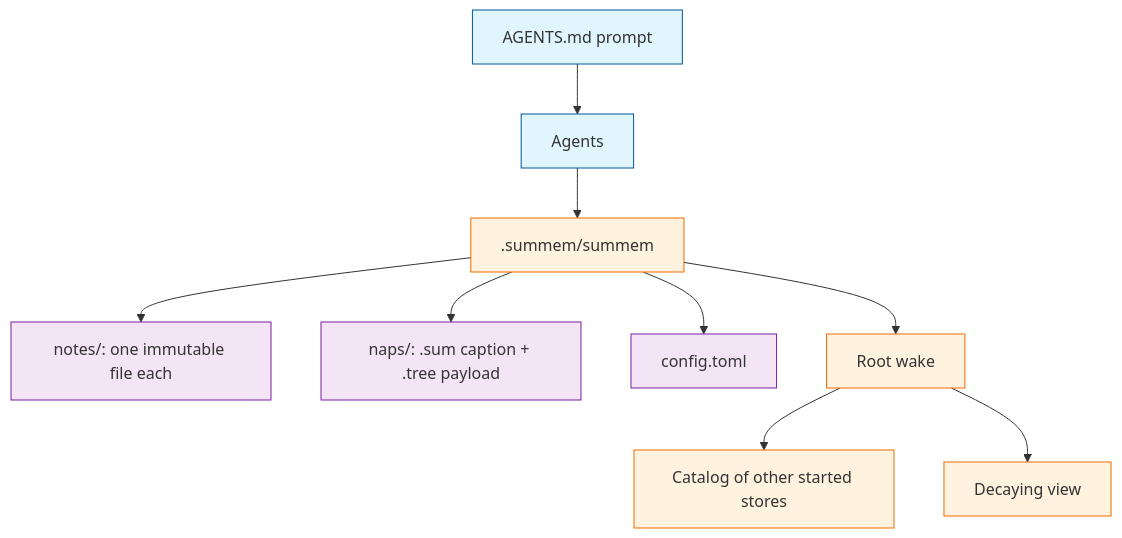
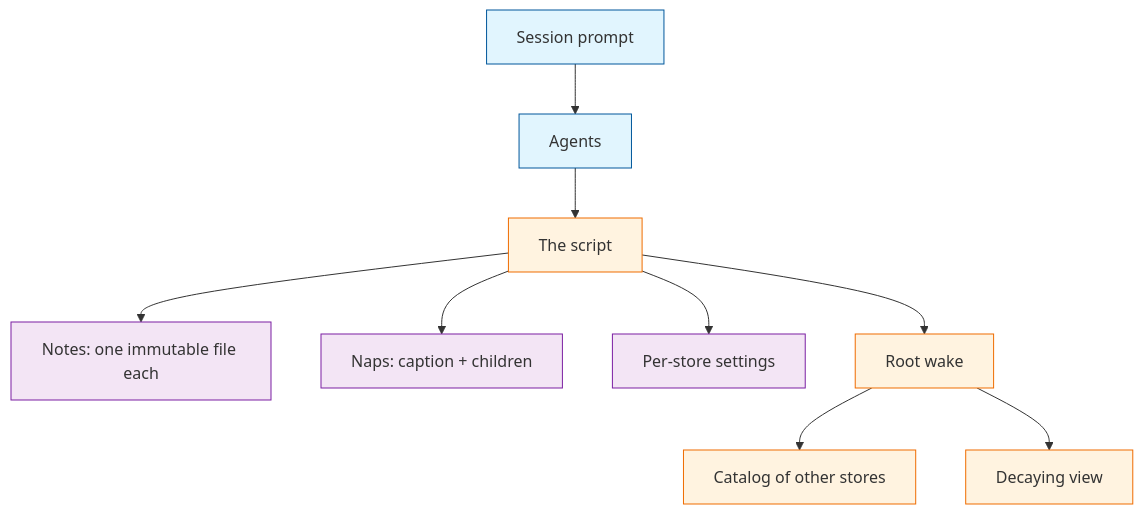
The first of 14 diagrams in docs/architecture/index.md (Texarkanine/SumMem), drawn with Mermaid before and after one commit. The commit also changed other lines of this file, not shown here.

````diff
--- a/docs/architecture/index.md
+++ b/docs/architecture/index.md
@@ -7,15 +7,15 @@
 ```mermaid
 graph TD
     classDef agent fill:#e1f5fe,stroke:#01579b;
     classDef script fill:#fff3e0,stroke:#ef6c00;
     classDef store fill:#f3e5f5,stroke:#7b1fa2;
 
-    Prompt["AGENTS.md prompt"]:::agent --> Agents["Agents"]:::agent
-    Agents --> CLI[".summem/summem"]:::script
-    CLI --> Notes["notes/: one immutable file each"]:::store
-    CLI --> Naps["naps/: .sum caption + .tree payload"]:::store
-    CLI --> Cfg["config.toml"]:::store
+    Prompt["Session prompt"]:::agent --> Agents["Agents"]:::agent
+    Agents --> CLI["The script"]:::script
+    CLI --> Notes["Notes: one immutable file each"]:::store
+    CLI --> Naps["Naps: caption + children"]:::store
+    CLI --> Cfg["Per-store settings"]:::store
     CLI --> Root["Root wake"]:::script
-    Root --> Catalog["Catalog of other started stores"]:::script
+    Root --> Catalog["Catalog of other stores"]:::script
     Root --> View["Decaying view"]:::script
 ```
````
